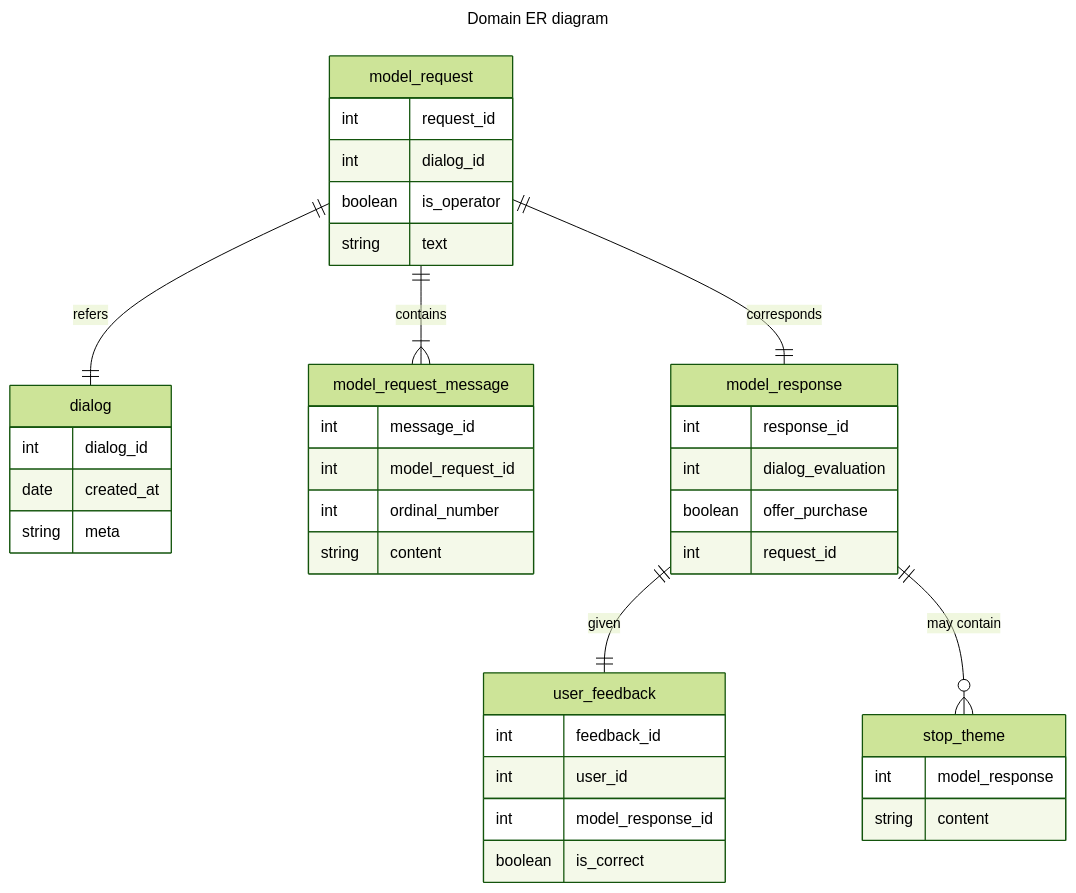
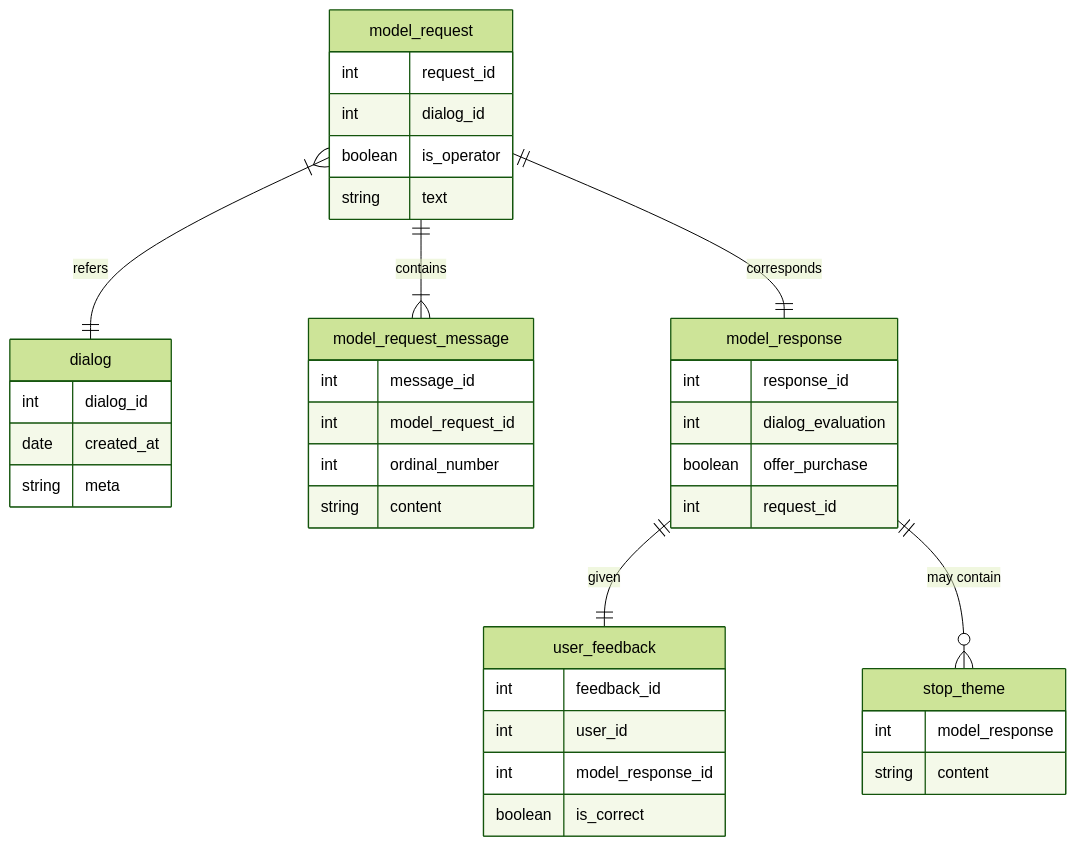
The second of 2 diagrams in README.md (banzai-team/marketing_bot), drawn with Mermaid (forest theme) before and after one commit. The commit also changed other lines of this file, not shown here.

Commit message:
update diagrams. add brief api description

````diff
--- a/README.md
+++ b/README.md
@@ -55,51 +74,48 @@
 ```mermaid
----
-title: Domain ER diagram 
----
 erDiagram
 
 dialog {
     int dialog_id
     date created_at
     string meta
 }
 
 model_request_message {
     int message_id
     int model_request_id
     int ordinal_number
     string content
 }
 
 user_feedback {
     int feedback_id
     int user_id
     int model_response_id
     boolean is_correct
 }
 
 model_request {
     int request_id
     int dialog_id
     boolean is_operator
     string text
 }
 
 model_response {
     int response_id
     int dialog_evaluation
     boolean offer_purchase
     int request_id
 }
 
 stop_theme {
     int model_response
     string content
 }
 
 model_request ||--|{ model_request_message: contains
 model_response ||--|| user_feedback: given
-model_request ||--|| dialog: refers
+model_request }|--|| dialog: refers
 model_request ||--|| model_response: corresponds
 model_response ||--o{ stop_theme: "may contain"
 ```
````
